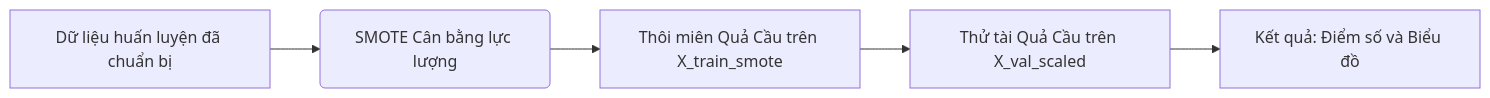
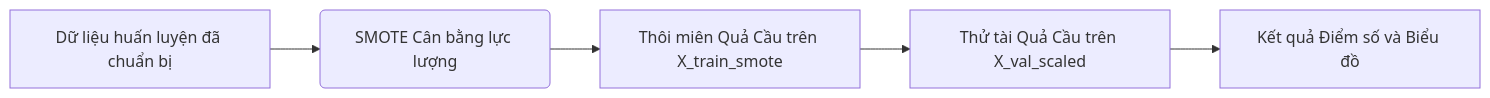
The third of 8 diagrams in round2.2.md (ShayNeeo/confess-crush), drawn with Mermaid before and after one commit. The commit also changed other lines of this file, not shown here.

````diff
--- a/round2.2.md
+++ b/round2.2.md
@@ -88,7 +110,7 @@
-        ```mermaid
-        graph LR
-            A[Dữ liệu huấn luyện đã chuẩn bị] --> B(SMOTE Cân bằng lực lượng);
-            B --> C[Thôi miên Quả Cầu trên X_train_smote];
-            C --> D[Thử tài Quả Cầu trên X_val_scaled];
-            D --> E[Kết quả: Điểm số và Biểu đồ];
-        ```
+    ```mermaid
+    graph LR
+        A[Dữ liệu huấn luyện đã chuẩn bị] --> B(SMOTE Cân bằng lực lượng);
+        B --> C[Thôi miên Quả Cầu trên X_train_smote];
+        C --> D[Thử tài Quả Cầu trên X_val_scaled];
+        D --> E[Kết quả Điểm số và Biểu đồ];
+    ```
````
